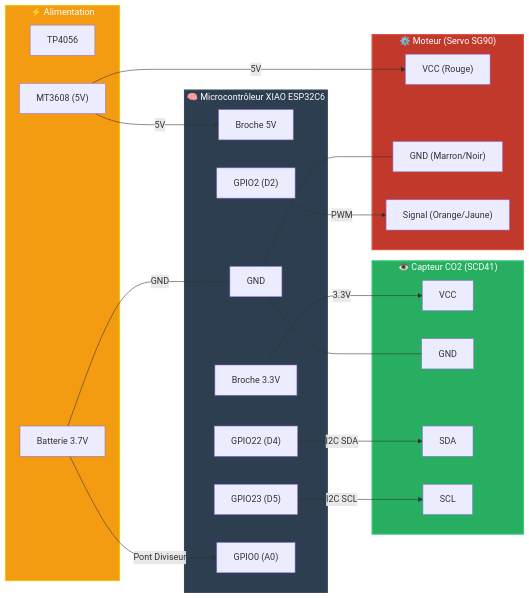
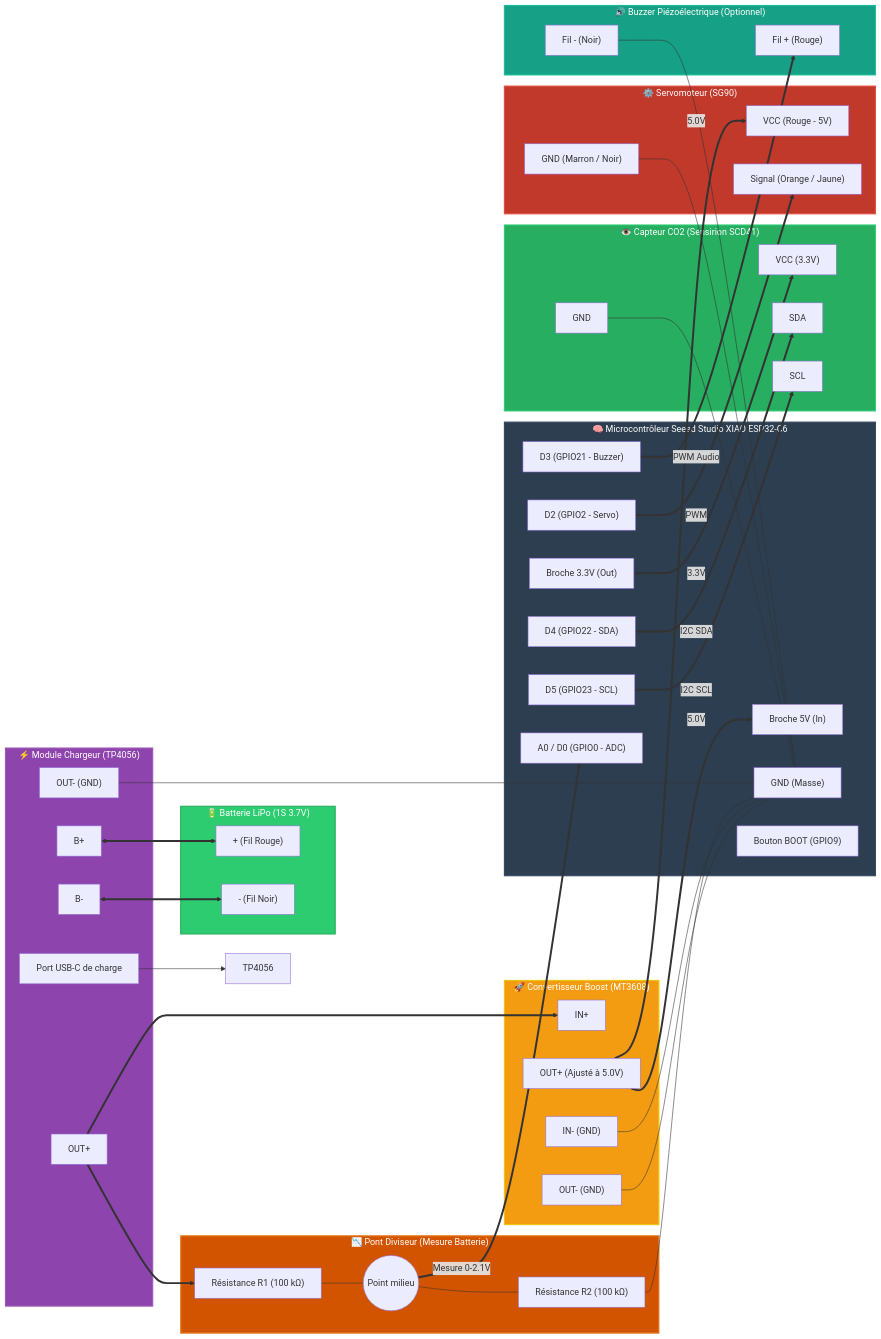
One commit to Fullann/Birdie-Canari changed the second of 3 diagrams in README.md. Above: the diagram before and after it, drawn with Mermaid. The commit also changed other lines of this file and 13 other files, not shown here.

````diff
--- a/README.md
+++ b/README.md
@@ -90,54 +124,103 @@
 ```mermaid
 flowchart LR
-    subgraph ALIM ["⚡ Alimentation"]
-        TP["TP4056"]
-        LIPO["Batterie 3.7V"]
-        BOOST["MT3608 (5V)"]
+    subgraph CHARGE ["⚡ Module Chargeur (TP4056)"]
+        USB_IN["Port USB-C de charge"]
+        TP_BP["B+"]
+        TP_BM["B-"]
+        TP_OUTP["OUT+"]
+        TP_OUTM["OUT- (GND)"]
     end
 
-    subgraph XIAO ["🧠 Microcontrôleur XIAO ESP32C6"]
-        P_5V["Broche 5V"]
-        P_3V3["Broche 3.3V"]
-        P_GND["GND"]
-        P_D4["GPIO22 (D4)"]
-        P_D5["GPIO23 (D5)"]
-        P_D2["GPIO2 (D2)"]
-        P_A0["GPIO0 (A0)"]
+    subgraph BAT ["🔋 Batterie LiPo (1S 3.7V)"]
+        LIPO_P["+ (Fil Rouge)"]
+        LIPO_M["- (Fil Noir)"]
     end
 
-    subgraph SENSOR ["👁️ Capteur CO2 (SCD41)"]
-        SCD_VCC["VCC"]
+    subgraph ELEVATEUR ["🚀 Convertisseur Boost (MT3608)"]
+        MT_INP["IN+"]
+        MT_INM["IN- (GND)"]
+        MT_OUTP["OUT+ (Ajusté à 5.0V)"]
+        MT_OUTM["OUT- (GND)"]
+    end
+
+    subgraph PONT ["📉 Pont Diviseur (Mesure Batterie)"]
+        R1["Résistance R1 (100 kΩ)"]
+        MID(("Point milieu"))
+        R2["Résistance R2 (100 kΩ)"]
+    end
+
+    subgraph XIAO ["🧠 Microcontrôleur Seeed Studio XIAO ESP32-C6"]
+        P_5V["Broche 5V (In)"]
+        P_3V3["Broche 3.3V (Out)"]
+        P_GND["GND (Masse)"]
+        P_D4["D4 (GPIO22 - SDA)"]
+        P_D5["D5 (GPIO23 - SCL)"]
+        P_D2["D2 (GPIO2 - Servo)"]
+        P_D3["D3 (GPIO21 - Buzzer)"]
+        P_A0["A0 / D0 (GPIO0 - ADC)"]
+        P_BOOT["Bouton BOOT (GPIO9)"]
+    end
+
+    subgraph SENSOR ["👁️ Capteur CO2 (Sensirion SCD41)"]
+        SCD_VCC["VCC (3.3V)"]
         SCD_GND["GND"]
         SCD_SDA["SDA"]
         SCD_SCL["SCL"]
     end
 
-    subgraph MOTOR ["⚙️ Moteur (Servo SG90)"]
-        SRV_VCC["VCC (Rouge)"]
-        SRV_GND["GND (Marron/Noir)"]
-        SRV_SIG["Signal (Orange/Jaune)"]
+    subgraph MOTOR ["⚙️ Servomoteur (SG90)"]
+        SRV_VCC["VCC (Rouge - 5V)"]
+        SRV_GND["GND (Marron / Noir)"]
+        SRV_SIG["Signal (Orange / Jaune)"]
     end
 
-    %% Power routing
-    BOOST -- "5V" --> P_5V
-    BOOST -- "5V" --> SRV_VCC
-    P_3V3 -- "3.3V" --> SCD_VCC
-    
-    %% GND routing
-    P_GND --- SCD_GND
-    P_GND --- SRV_GND
-    LIPO -- "GND" --- P_GND
-    
-    %% Data routing
-    P_D4 -- "I2C SDA" --> SCD_SDA
-    P_D5 -- "I2C SCL" --> SCD_SCL
-    P_D2 -- "PWM" --> SRV_SIG
-    
-    %% Battery reading (Pont diviseur)
-    LIPO -- "Pont Diviseur" --> P_A0
-    
+    subgraph AUDIO ["🔊 Buzzer Piézoélectrique (Optionnel)"]
+        BUZ_P["Fil + (Rouge)"]
+        BUZ_M["Fil - (Noir)"]
+    end
+
+    %% Liens Charge & Batterie
+    USB_IN --> TP4056
+    TP_BP <==> LIPO_P
+    TP_BM <==> LIPO_M
+
+    %% Sortie TP4056 vers MT3608 & Pont diviseur
+    TP_OUTP ==> MT_INP
+    TP_OUTP ==> R1
+    TP_OUTM --- P_GND
+
+    %% Pont diviseur
+    R1 --- MID
+    MID --- R2
+    MID ==>|"Mesure 0-2.1V"| P_A0
+    R2 --- P_GND
+
+    %% Alimentation 5V (MT3608 vers XIAO et Servo)
+    MT_INM --- P_GND
+    MT_OUTM --- P_GND
+    MT_OUTP ==>|"5.0V"| P_5V
+    MT_OUTP ==>|"5.0V"| SRV_VCC
+
+    %% Alimentation 3.3V du capteur SCD41
+    P_3V3 ==>|"3.3V"| SCD_VCC
+    SCD_GND --- P_GND
+
+    %% Masse du Servo et du Buzzer
+    SRV_GND --- P_GND
+    BUZ_M --- P_GND
+
+    %% Lignes de données
+    P_D4 ==>|"I2C SDA"| SCD_SDA
+    P_D5 ==>|"I2C SCL"| SCD_SCL
+    P_D2 ==>|"PWM"| SRV_SIG
+    P_D3 ==>|"PWM Audio"| BUZ_P
+
     style XIAO fill:#2c3e50,stroke:#34495e,stroke-width:2px,color:#fff
     style SENSOR fill:#27ae60,stroke:#2ecc71,stroke-width:2px,color:#fff
     style MOTOR fill:#c0392b,stroke:#e74c3c,stroke-width:2px,color:#fff
-    style ALIM fill:#f39c12,stroke:#f1c40f,stroke-width:2px,color:#fff
+    style ELEVATEUR fill:#f39c12,stroke:#f1c40f,stroke-width:2px,color:#fff
+    style CHARGE fill:#8e44ad,stroke:#9b59b6,stroke-width:2px,color:#fff
+    style BAT fill:#2ecc71,stroke:#27ae60,stroke-width:2px,color:#fff
+    style PONT fill:#d35400,stroke:#e67e22,stroke-width:2px,color:#fff
+    style AUDIO fill:#16a085,stroke:#1abc9c,stroke-width:2px,color:#fff
 ```
````
